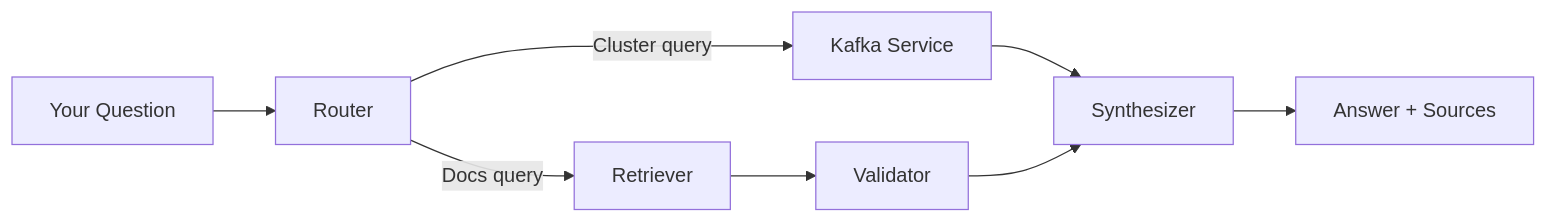
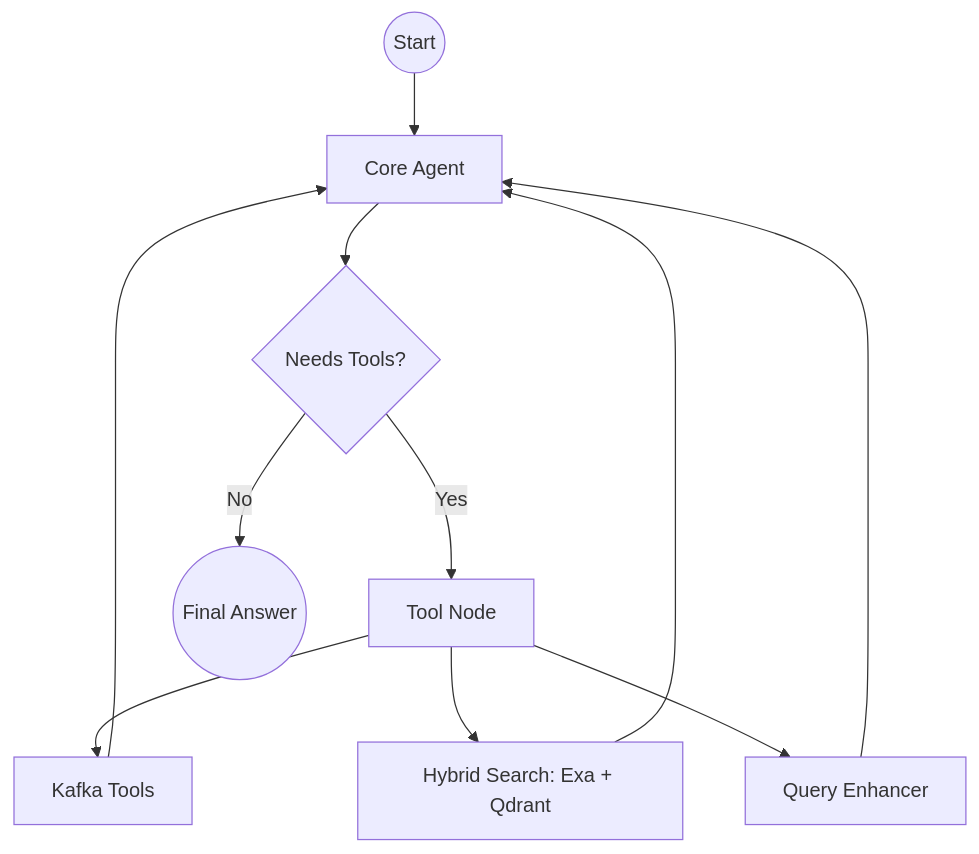
Before and after one commit to mvfolino68/kGPT: the diagram in README.md, drawn with Mermaid. The commit also changed other lines of this file, not shown here.

````diff
--- a/README.md
+++ b/README.md
@@ -37,10 +20,13 @@
 ```mermaid
-flowchart LR
-    Q[Your Question] --> R[Router]
-    R --> |Docs query| RET[Retriever]
-    R --> |Cluster query| KS[Kafka Service]
-    RET --> VAL[Validator]
-    KS --> SYN
-    VAL --> SYN[Synthesizer]
-    SYN --> A[Answer + Sources]
+flowchart TD
+    Start((Start)) --> Agent[Core Agent]
+    Agent --> Decision{Needs Tools?}
+    Decision -- Yes --> Tools[Tool Node]
+    Tools --> Kafka[Kafka Tools]
+    Tools --> Search[Hybrid Search: Exa + Qdrant]
+    Tools --> Query[Query Enhancer]
+    Kafka --> Agent
+    Search --> Agent
+    Query --> Agent
+    Decision -- No --> End((Final Answer))
 ```
````
